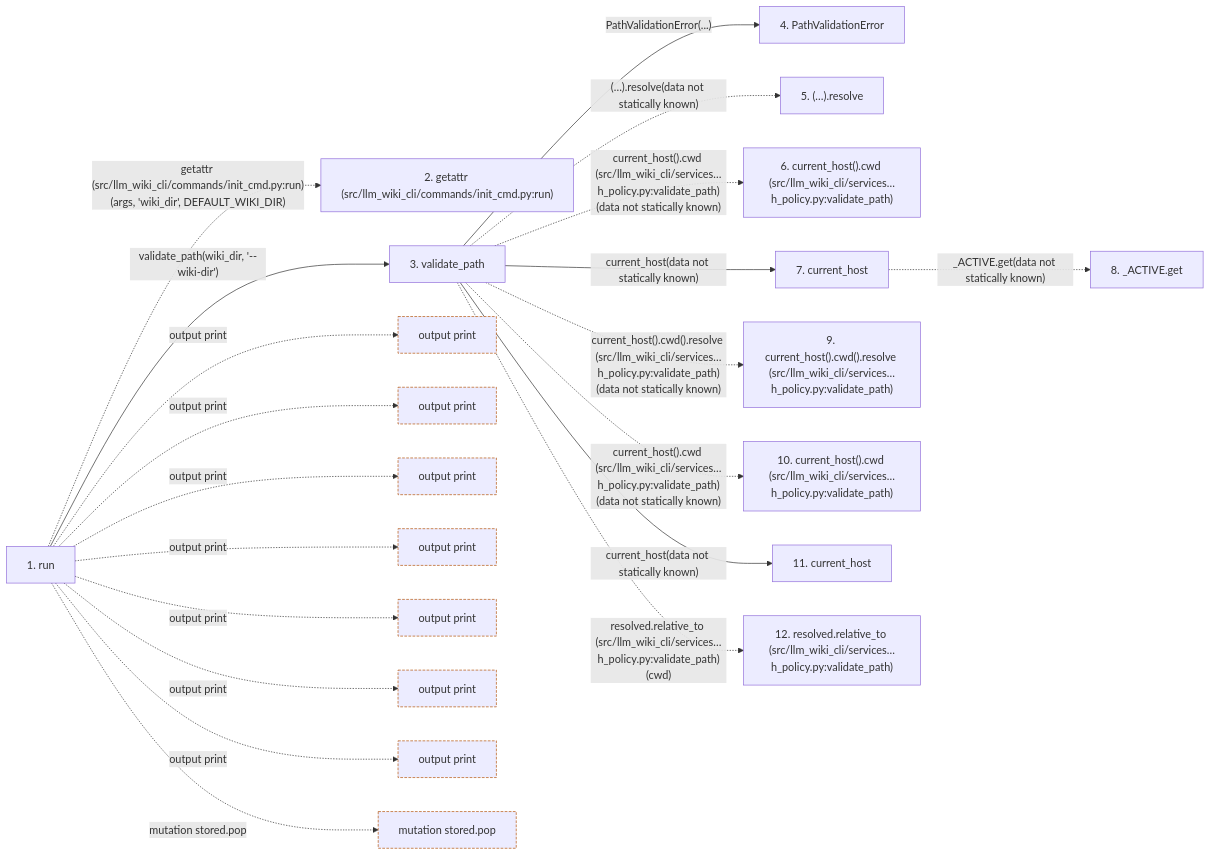
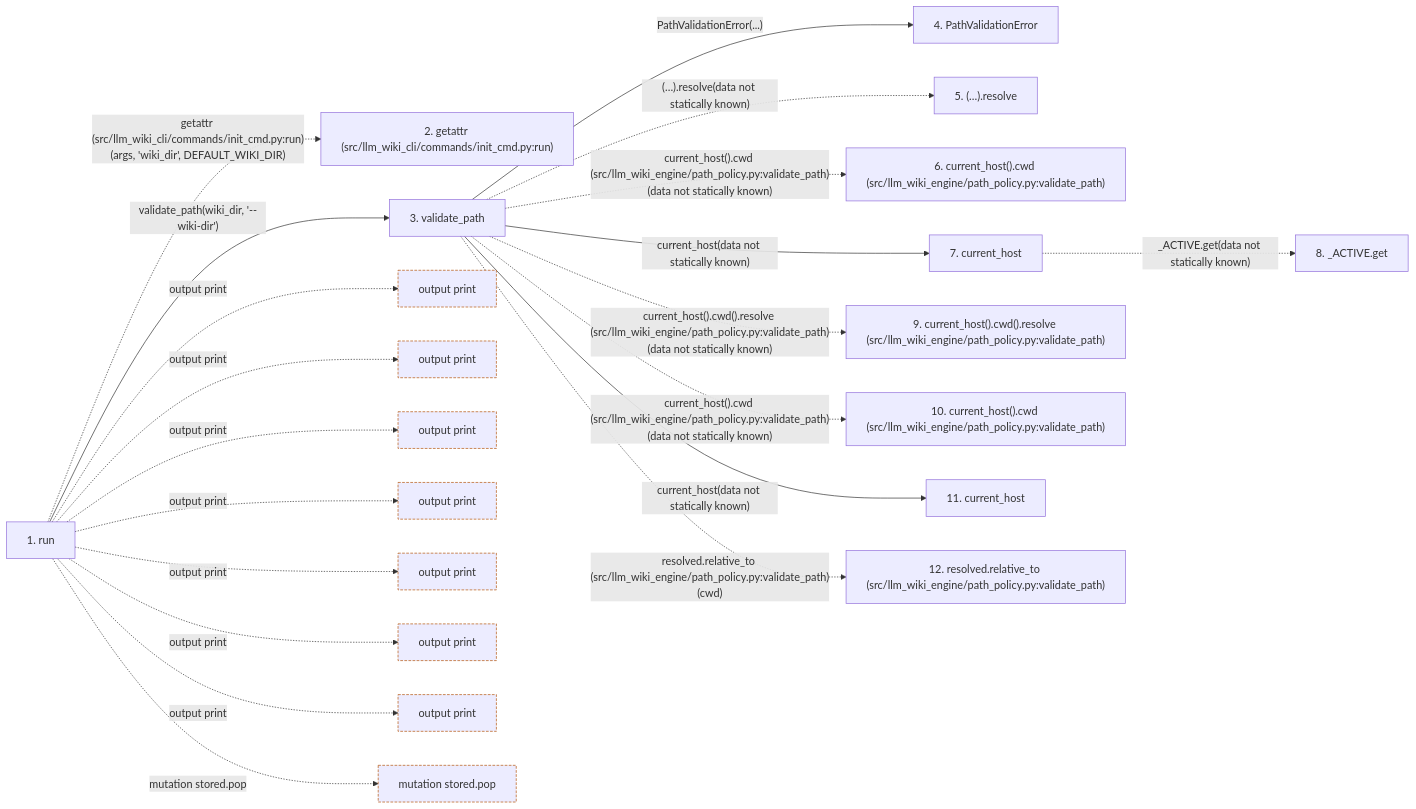
The second of 2 diagrams in docs/llm_wiki/flows/cli-init.md (Denissvgn/python-wiki-llm), drawn with Mermaid before and after one commit. The commit also changed other lines of this file and 739 other files, not shown here.

First line of the commit message:
docs: refresh the wiki for the second engine batch

````diff
--- a/docs/llm_wiki/flows/cli-init.md
+++ b/docs/llm_wiki/flows/cli-init.md
@@ -208,56 +208,56 @@
 ```mermaid
 flowchart LR
     s1["1. run"]
     s2["2. getattr (src/llm_wiki_cli/commands/init_cmd.py:run)"]
     s3["3. validate_path"]
     s4["4. PathValidationError"]
     s5["5. (…).resolve"]
-    s6["6. current_host().cwd (src/llm_wiki_cli/services…h_policy.py:validate_path)"]
+    s6["6. current_host().cwd (src/llm_wiki_engine/path_policy.py:validate_path)"]
     s7["7. current_host"]
     s8["8. _ACTIVE.get"]
-    s9["9. current_host().cwd().resolve (src/llm_wiki_cli/services…h_policy.py:validate_path)"]
-    s10["10. current_host().cwd (src/llm_wiki_cli/services…h_policy.py:validate_path)"]
+    s9["9. current_host().cwd().resolve (src/llm_wiki_engine/path_policy.py:validate_path)"]
+    s10["10. current_host().cwd (src/llm_wiki_engine/path_policy.py:validate_path)"]
     s11["11. current_host"]
-    s12["12. resolved.relative_to (src/llm_wiki_cli/services…h_policy.py:validate_path)"]
+    s12["12. resolved.relative_to (src/llm_wiki_engine/path_policy.py:validate_path)"]
     s1 -. "getattr (src/llm_wiki_cli/commands/init_cmd.py:run)(args, 'wiki_dir', DEFAULT_WIKI_DIR)" .-> s2
     s1 -->|"validate_path(wiki_dir, '--wiki-dir')"| s3
     s3 -->|"PathValidationError(...)"| s4
     s3 -. "(…).resolve(data not statically known)" .-> s5
-    s3 -. "current_host().cwd (src/llm_wiki_cli/services…h_policy.py:validate_path)(data not statically known)" .-> s6
+    s3 -. "current_host().cwd (src/llm_wiki_engine/path_policy.py:validate_path)(data not statically known)" .-> s6
     s3 -->|"current_host(data not statically known)"| s7
     s7 -. "_ACTIVE.get(data not statically known)" .-> s8
-    s3 -. "current_host().cwd().resolve (src/llm_wiki_cli/services…h_policy.py:validate_path)(data not statically known)" .-> s9
-    s3 -. "current_host().cwd (src/llm_wiki_cli/services…h_policy.py:validate_path)(data not statically known)" .-> s10
+    s3 -. "current_host().cwd().resolve (src/llm_wiki_engine/path_policy.py:validate_path)(data not statically known)" .-> s9
+    s3 -. "current_host().cwd (src/llm_wiki_engine/path_policy.py:validate_path)(data not statically known)" .-> s10
     s3 -->|"current_host(data not statically known)"| s11
-    s3 -. "resolved.relative_to (src/llm_wiki_cli/services…h_policy.py:validate_path)(cwd)" .-> s12
+    s3 -. "resolved.relative_to (src/llm_wiki_engine/path_policy.py:validate_path)(cwd)" .-> s12
     b0["output print"]
     s1 -. "output print" .-> b0
     b1["output print"]
     s1 -. "output print" .-> b1
     b2["output print"]
     s1 -. "output print" .-> b2
     b3["output print"]
     s1 -. "output print" .-> b3
     b4["output print"]
     s1 -. "output print" .-> b4
     b5["output print"]
     s1 -. "output print" .-> b5
     b6["output print"]
     s1 -. "output print" .-> b6
     b7["mutation stored.pop"]
     s1 -. "mutation stored.pop" .-> b7
     click s1 "../modules/init_cmd.md"
     click s3 "../modules/path_policy.md"
     click s4 "../modules/path_policy.md"
     click s7 "../modules/host.md"
     click s11 "../modules/host.md"
     classDef boundary stroke:#b45309,stroke-dasharray: 4 2
     class b0 boundary
     class b1 boundary
     class b2 boundary
     class b3 boundary
     class b4 boundary
     class b5 boundary
     class b6 boundary
     class b7 boundary
 ```
````
